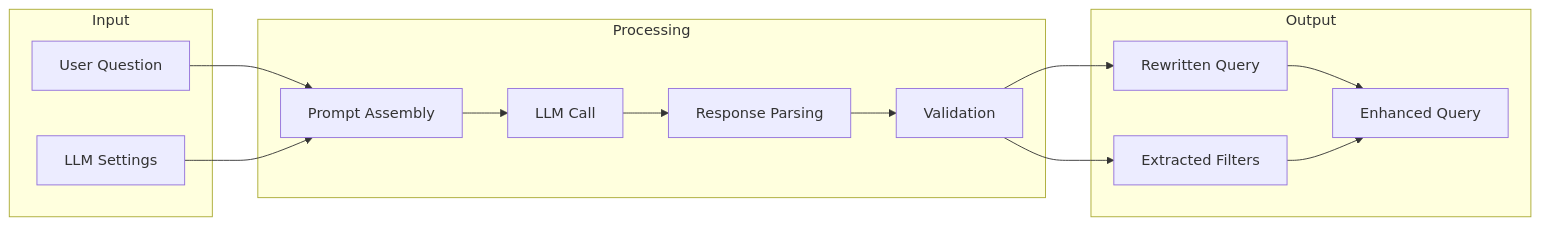
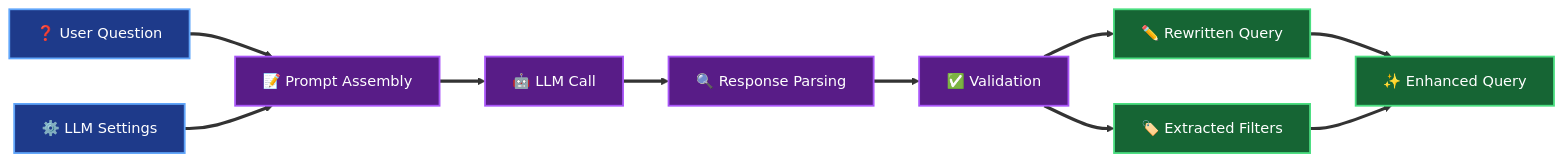
Before and after one commit to usathyan/paper-qa-ui: the ninth of 18 diagrams in docs/DEVELOPER.md, drawn with Mermaid. The commit also changed other lines of this file, not shown here.

First line of the commit message:
Enhance third batch of mermaid diagrams with professional styling

````diff
--- a/docs/DEVELOPER.md
+++ b/docs/DEVELOPER.md
@@ -557,30 +557,37 @@
 ```mermaid
-graph LR
-    subgraph "Input"
-        USER_Q[User Question]
-        SETTINGS[LLM Settings]
-    end
+flowchart LR
+    %% Input
+    USER_Q[❓ User Question]
+    SETTINGS[⚙️ LLM Settings]
     
-    subgraph "Processing"
-        PROMPT[Prompt Assembly]
-        LLM_CALL[LLM Call]
-        PARSE[Response Parsing]
-        VALIDATE[Validation]
-    end
+    %% Processing Pipeline
+    PROMPT[📝 Prompt Assembly]
+    LLM_CALL[🤖 LLM Call]
+    PARSE[🔍 Response Parsing]
+    VALIDATE[✅ Validation]
     
-    subgraph "Output"
-        REWRITTEN[Rewritten Query]
-        FILTERS[Extracted Filters]
-        ENHANCED[Enhanced Query]
-    end
+    %% Output
+    REWRITTEN[✏️ Rewritten Query]
+    FILTERS[🏷️ Extracted Filters]
+    ENHANCED[✨ Enhanced Query]
     
-    USER_Q --> PROMPT
-    SETTINGS --> PROMPT
-    PROMPT --> LLM_CALL
-    LLM_CALL --> PARSE
-    PARSE --> VALIDATE
-    VALIDATE --> REWRITTEN
-    VALIDATE --> FILTERS
-    REWRITTEN --> ENHANCED
-    FILTERS --> ENHANCED
+    %% Flow
+    USER_Q ==> PROMPT
+    SETTINGS ==> PROMPT
+    PROMPT ==> LLM_CALL
+    LLM_CALL ==> PARSE
+    PARSE ==> VALIDATE
+    VALIDATE ==> REWRITTEN
+    VALIDATE ==> FILTERS
+    REWRITTEN ==> ENHANCED
+    FILTERS ==> ENHANCED
+    
+    %% Styling
+    classDef inputStyle fill:#1e3a8a,stroke:#60a5fa,stroke-width:2px,color:#ffffff
+    classDef processStyle fill:#581c87,stroke:#a855f7,stroke-width:2px,color:#ffffff
+    classDef outputStyle fill:#166534,stroke:#4ade80,stroke-width:2px,color:#ffffff
+    
+    class USER_Q,SETTINGS inputStyle
+    class PROMPT,LLM_CALL,PARSE,VALIDATE processStyle
+    class REWRITTEN,FILTERS,ENHANCED outputStyle
 ```
````
